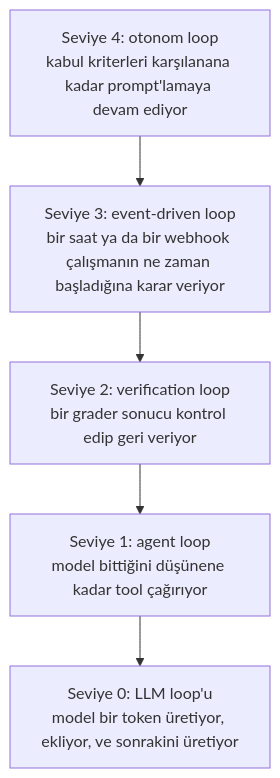
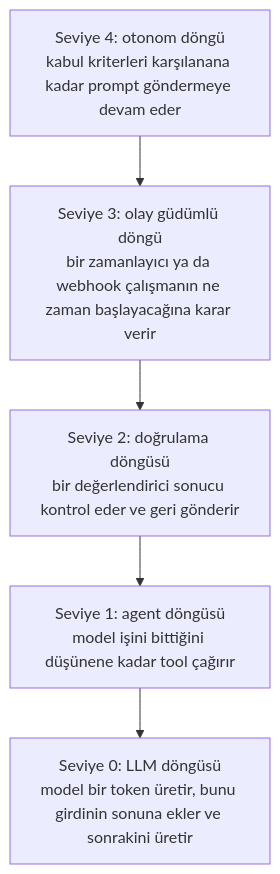
One commit to lokumai/ai-engineering-bazaar changed the first of 2 diagrams in mini-courses/2_intermediate/loop_engineering_tr.md. Above: the diagram before and after it, drawn with Mermaid. The commit also changed other lines of this file and 63 other files, not shown here.

````diff
--- a/mini-courses/2_intermediate/loop_engineering_tr.md
+++ b/mini-courses/2_intermediate/loop_engineering_tr.md
@@ -31,8 +29,8 @@
 ```mermaid
 graph TD
-    L4["Seviye 4: otonom loop<br/>kabul kriterleri karşılanana kadar prompt'lamaya devam ediyor"] --> L3
-    L3["Seviye 3: event-driven loop<br/>bir saat ya da bir webhook çalışmanın ne zaman başladığına karar veriyor"] --> L2
-    L2["Seviye 2: verification loop<br/>bir grader sonucu kontrol edip geri veriyor"] --> L1
-    L1["Seviye 1: agent loop<br/>model bittiğini düşünene kadar tool çağırıyor"] --> L0
-    L0["Seviye 0: LLM loop'u<br/>model bir token üretiyor, ekliyor, ve sonrakini üretiyor"]
+    L4["Seviye 4: otonom döngü<br/>kabul kriterleri karşılanana kadar prompt göndermeye devam eder"] --> L3
+    L3["Seviye 3: olay güdümlü döngü<br/>bir zamanlayıcı ya da webhook çalışmanın ne zaman başlayacağına karar verir"] --> L2
+    L2["Seviye 2: doğrulama döngüsü<br/>bir değerlendirici sonucu kontrol eder ve geri gönderir"] --> L1
+    L1["Seviye 1: agent döngüsü<br/>model işini bittiğini düşünene kadar tool çağırır"] --> L0
+    L0["Seviye 0: LLM döngüsü<br/>model bir token üretir, bunu girdinin sonuna ekler ve sonrakini üretir"]
 ```
````
